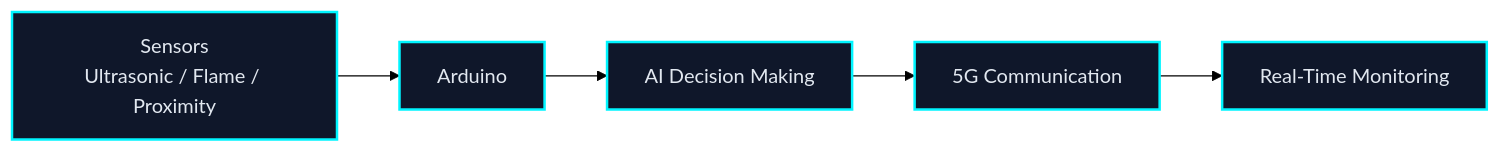
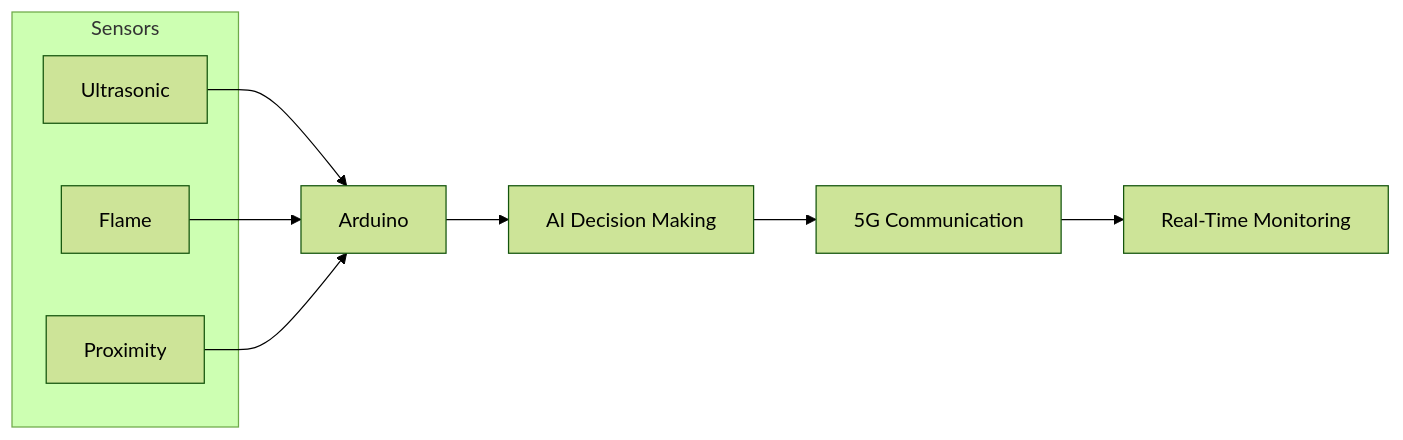
The fourth of 9 diagrams in README.md (03-sakshi/03-sakshi), drawn with Mermaid (forest theme) before and after one commit. The commit also changed other lines of this file, not shown here.

````diff
--- a/README.md
+++ b/README.md
@@ -284,9 +109,14 @@
 ```mermaid
 flowchart LR
-    A["Sensors<br/>Ultrasonic / Flame / Proximity"] --> B["Arduino"]
-    B --> C["AI Decision Making"]
-    C --> D["5G Communication"]
-    D --> E["Real-Time Monitoring"]
-    classDef n fill:#0f172a,stroke:#00f5ff,stroke-width:2px,color:#e2e8f0;
-    class A,B,C,D,E n;
+    subgraph Sensors
+        U["Ultrasonic"]
+        F["Flame"]
+        P["Proximity"]
+    end
+    U --> A["Arduino"]
+    F --> A
+    P --> A
+    A --> D["AI Decision Making"]
+    D --> G["5G Communication"]
+    G --> R["Real-Time Monitoring"]
 ```
````
